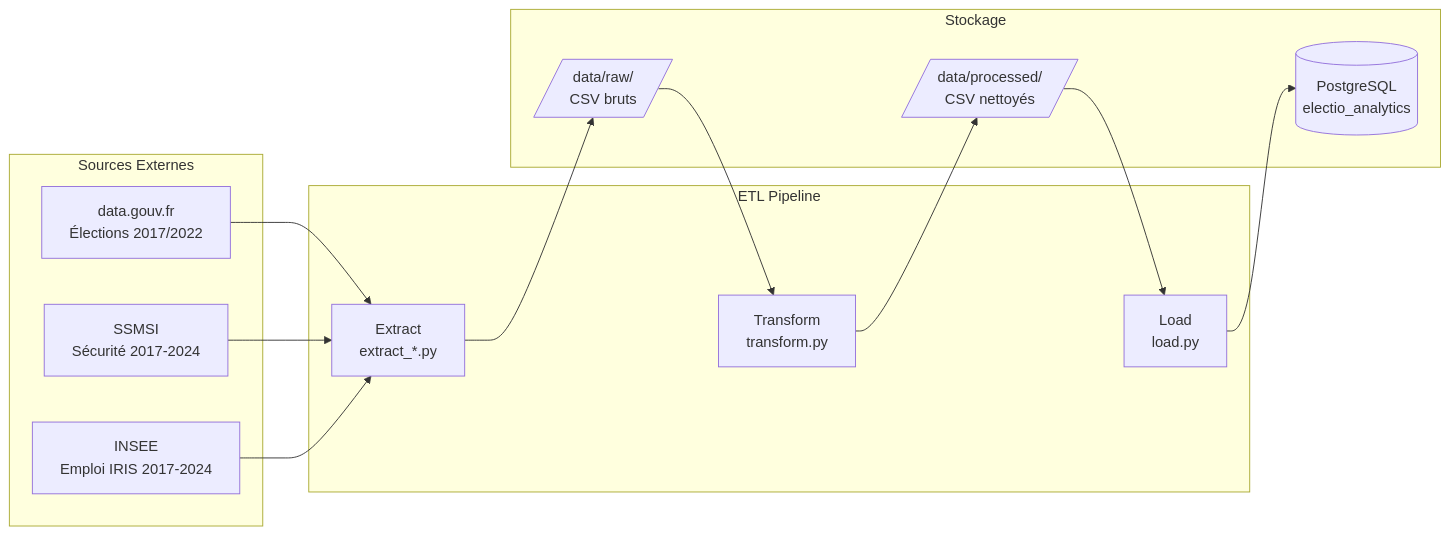
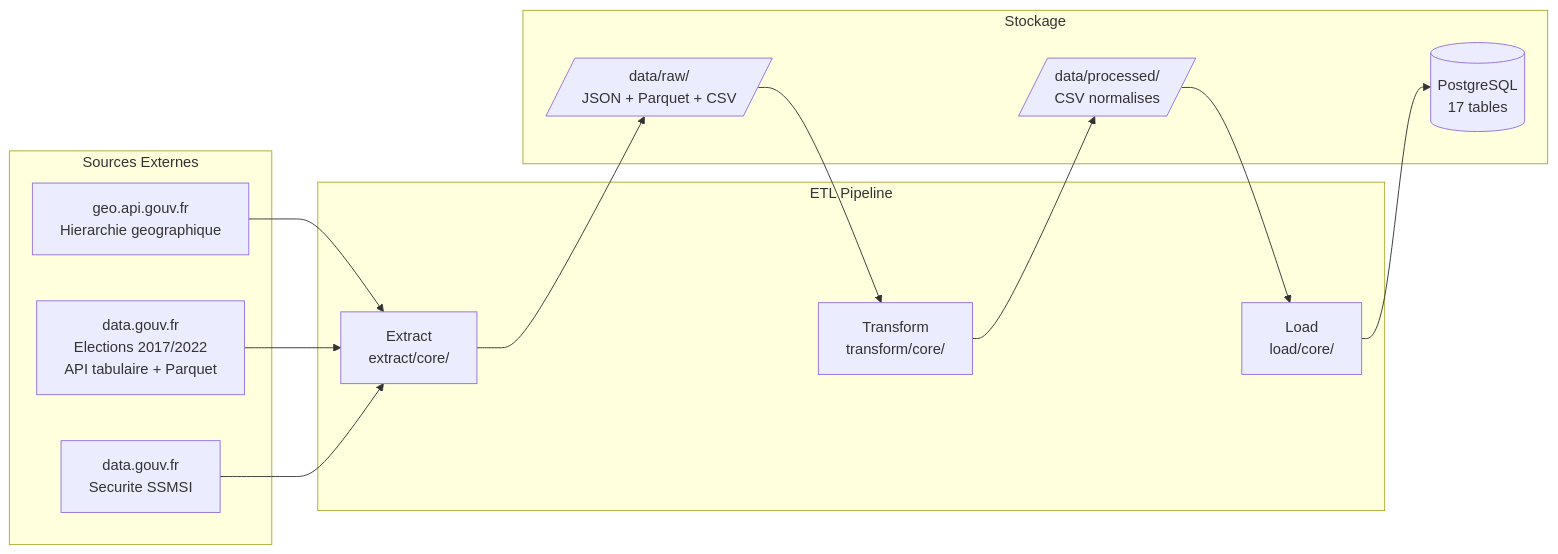
The third of 5 diagrams in docs/02-architecture/ARCHITECTURE.md (Sam-rst/EPSI_M1_MSPR-Groupe_RYMS), drawn with Mermaid before and after one commit. The commit also changed other lines of this file and 21 other files, not shown here.

````diff
--- a/docs/02-architecture/ARCHITECTURE.md
+++ b/docs/02-architecture/ARCHITECTURE.md
@@ -191,29 +173,29 @@
 ```mermaid
 graph LR
     subgraph Sources Externes
-        A[data.gouv.fr<br/>Élections 2017/2022]
-        B[SSMSI<br/>Sécurité 2017-2024]
-        C[INSEE<br/>Emploi IRIS 2017-2024]
+        A[geo.api.gouv.fr<br/>Hierarchie geographique]
+        B[data.gouv.fr<br/>Elections 2017/2022<br/>API tabulaire + Parquet]
+        C[data.gouv.fr<br/>Securite SSMSI]
     end
 
     subgraph ETL Pipeline
-        D[Extract<br/>extract_*.py]
-        E[Transform<br/>transform.py]
-        F[Load<br/>load.py]
+        D[Extract<br/>extract/core/]
+        E[Transform<br/>transform/core/]
+        F[Load<br/>load/core/]
     end
 
     subgraph Stockage
-        G[(PostgreSQL<br/>electio_analytics)]
-        H[/data/raw/<br/>CSV bruts/]
-        I[/data/processed/<br/>CSV nettoyés/]
+        G[(PostgreSQL<br/>17 tables)]
+        H[/data/raw/<br/>JSON + Parquet + CSV/]
+        I[/data/processed/<br/>CSV normalises/]
     end
 
     A --> D
     B --> D
     C --> D
     D --> H
     H --> E
     E --> I
     I --> F
     F --> G
 ```
````
